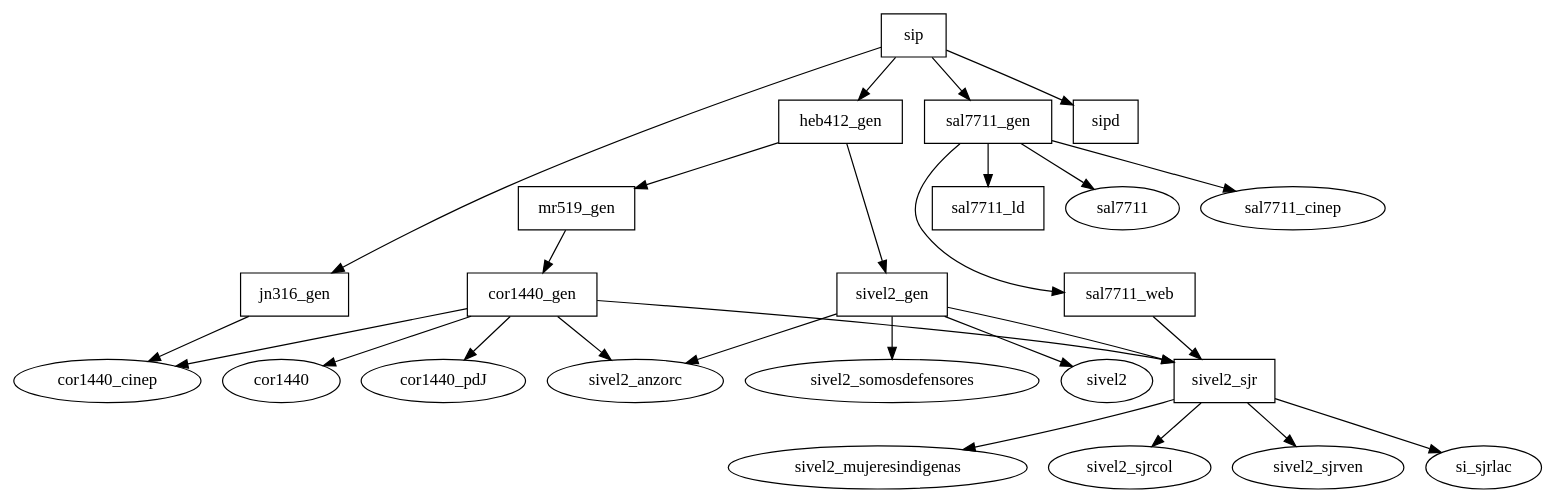
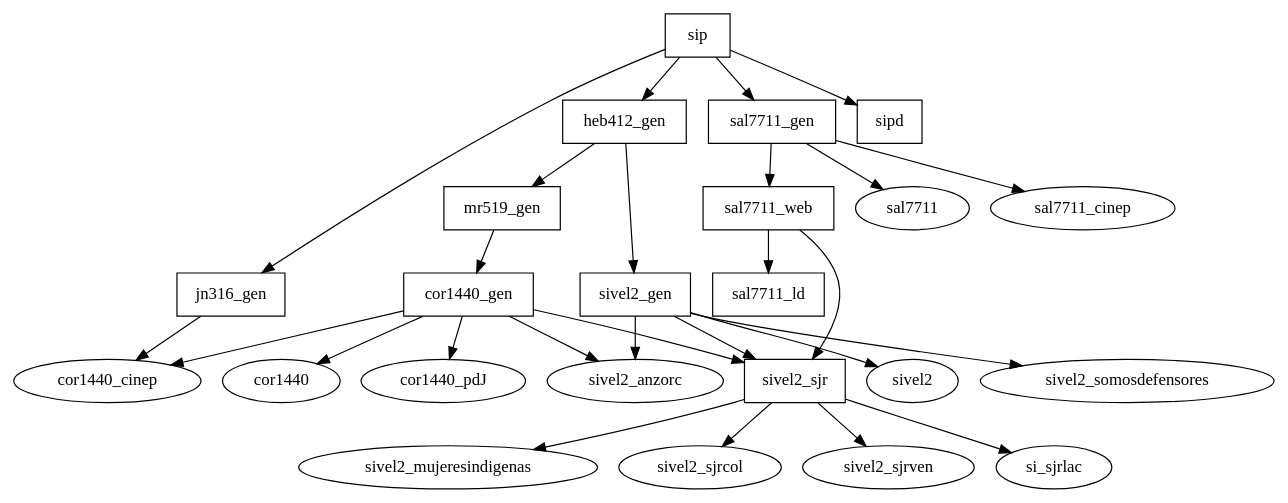
One commit to pasosdeJesus/sip changed the diagram in doc/dependencias.dot. Above: the diagram before and after it, drawn with Graphviz. The commit also changed 1 other file, not shown here.

```diff
--- a/doc/dependencias.dot
+++ b/doc/dependencias.dot
@@ -1,25 +1,25 @@
 digraph I {
   
   cor1440_gen  [shape=box]
   jn316_gen [shape=box]
   heb412_gen [shape=box]
   mr519_gen [shape=box]
   sivel2_gen [shape=box]
   sivel2_sjr [shape=box]
   sal7711_gen [shape=box]
   sal7711_ld [shape=box]
   sal7711_web [shape=box]
   sip [shape=box]
   sipd [shape=box]
  
   sip -> {sipd,jn316_gen,heb412_gen,sal7711_gen}
   heb412_gen -> {mr519_gen, sivel2_gen}
   mr519_gen -> cor1440_gen 
   jn316_gen -> cor1440_cinep
   sivel2_gen -> {sivel2, sivel2_sjr, sivel2_somosdefensores, sivel2_anzorc}
-  sal7711_gen -> {sal7711, sal7711_cinep, sal7711_web, sal7711_ld}
-  sal7711_web -> sivel2_sjr
+  sal7711_gen -> {sal7711, sal7711_cinep, sal7711_web}
+  sal7711_web -> {sivel2_sjr, sal7711_ld}
   cor1440_gen -> {cor1440, cor1440_pdJ, cor1440_cinep, sivel2_sjr, sivel2_anzorc}
   sivel2_sjr -> {sivel2_mujeresindigenas, sivel2_sjrcol, sivel2_sjrven, si_sjrlac}
 
 }
```
